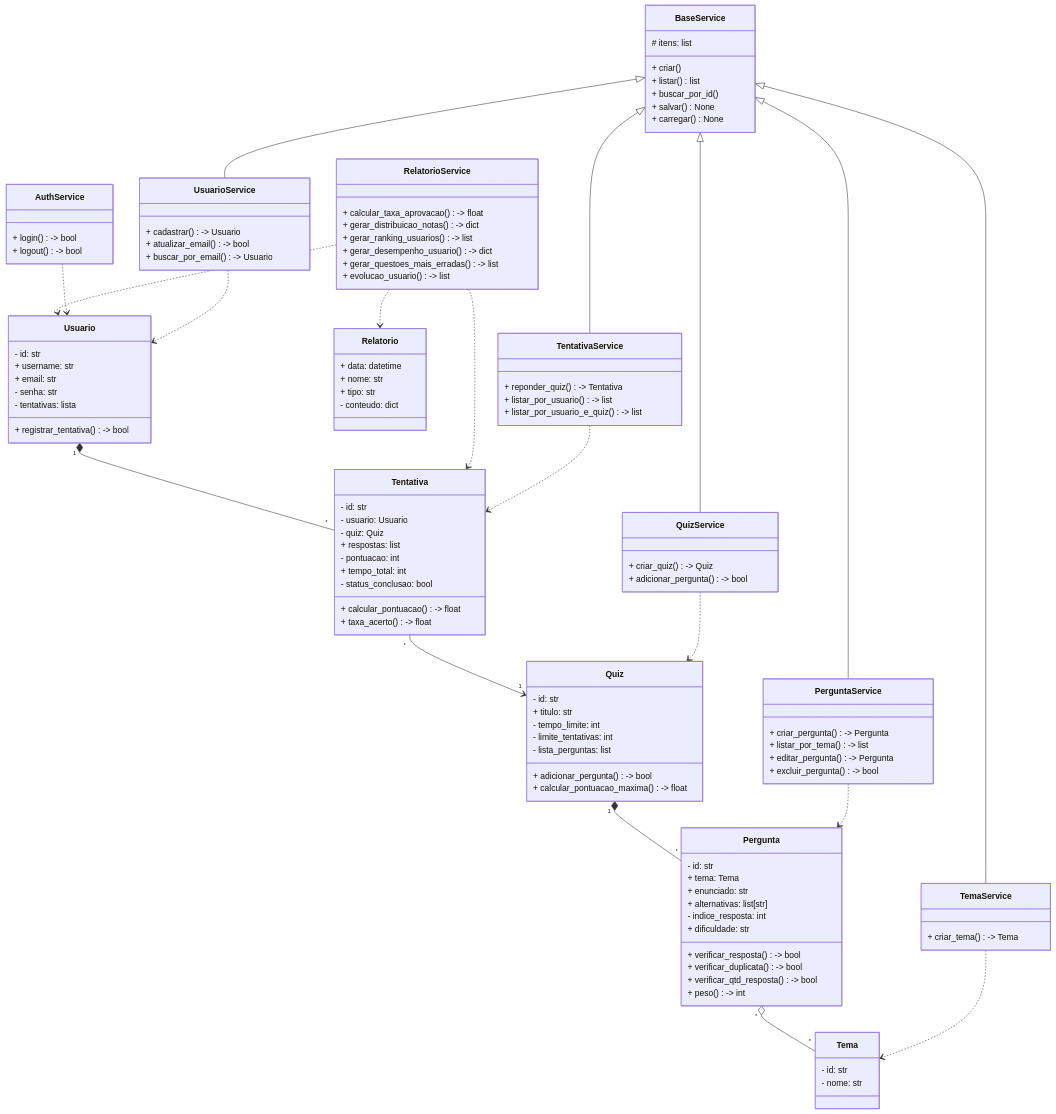
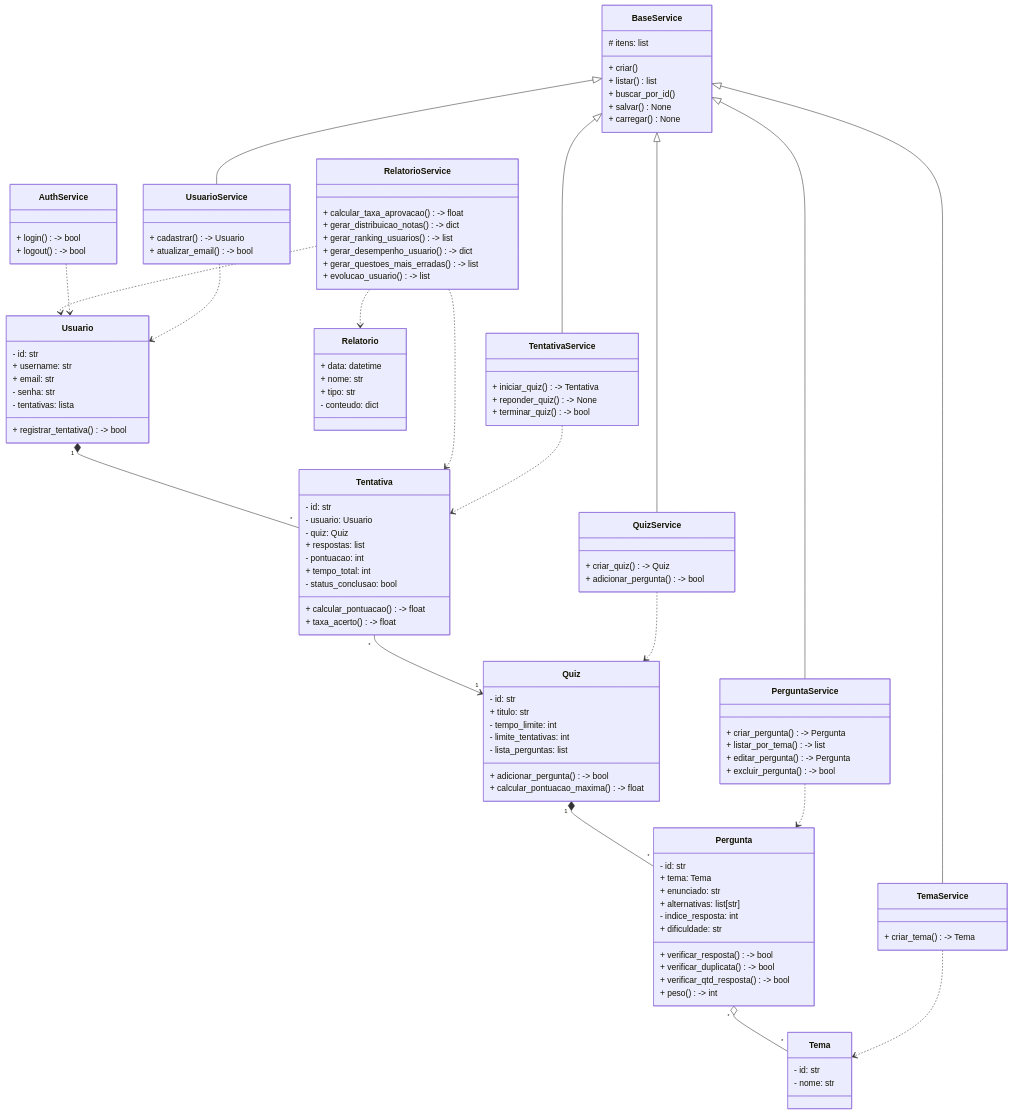
The diagram in README.md (EzequielFerreira35/sistema-de-quiz-educacional), drawn with Mermaid before and after one commit. The commit also changed 1 other file, not shown here.

Commit message:
Mudança na UML: Métodos dos Services alterados

```diff
--- a/README.md
+++ b/README.md
@@ -89,7 +89,6 @@
     class UsuarioService {
         + cadastrar() -> Usuario
         + atualizar_email() -> bool
-        + buscar_por_email() -> Usuario
         }
 
     class PerguntaService {
@@ -100,9 +99,9 @@
         }
 
     class TentativaService {
-        + reponder_quiz() -> Tentativa
-        + listar_por_usuario() -> list
-        + listar_por_usuario_e_quiz() -> list 
+        + iniciar_quiz() -> Tentativa
+        + reponder_quiz() -> None
+        + terminar_quiz() -> bool
         }
 
     class RelatorioService {
```
